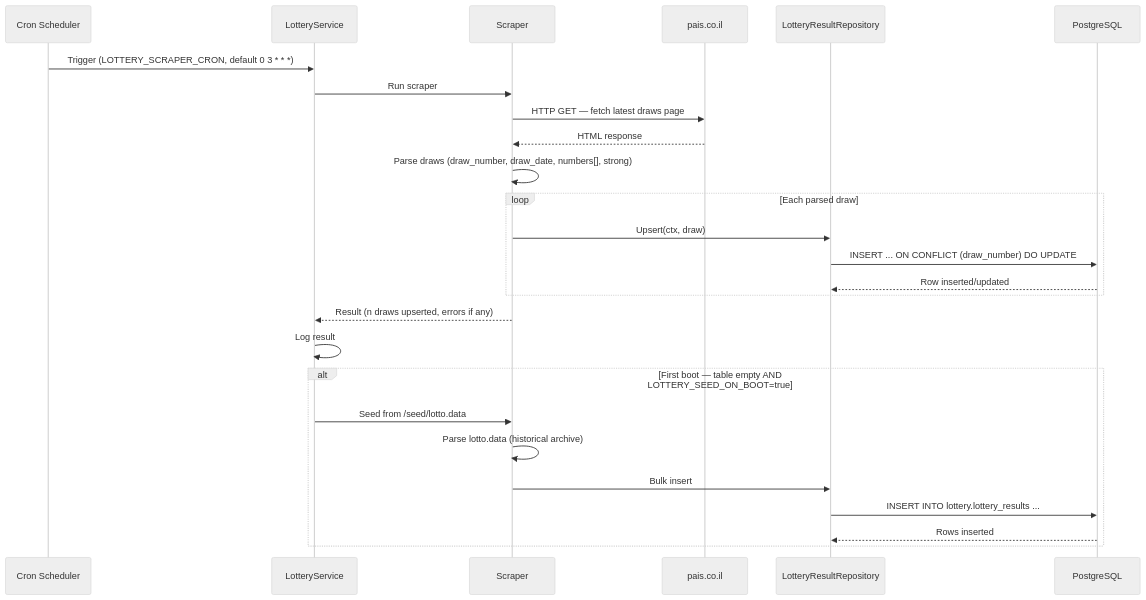
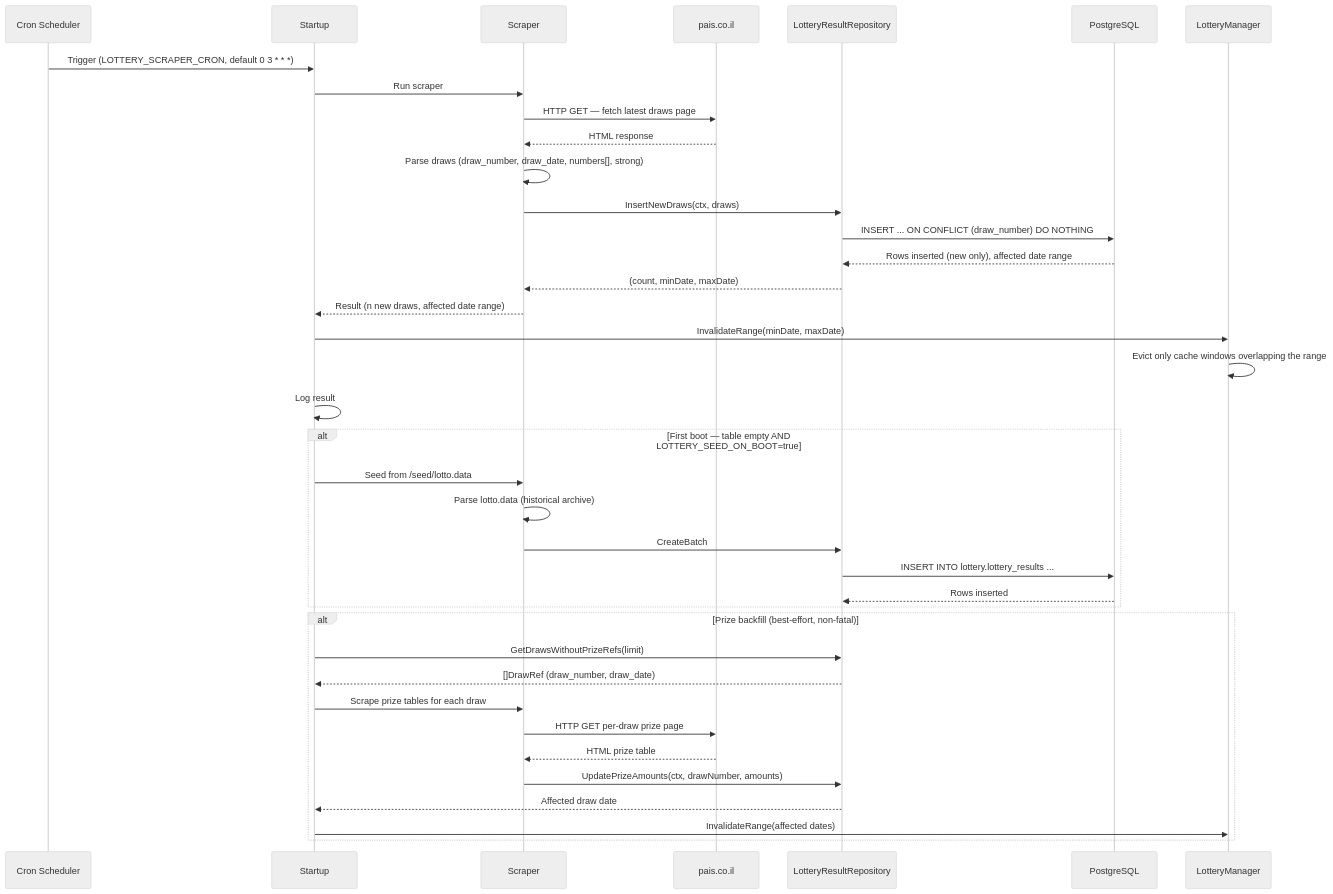
One commit to lihai1/stat-tree-server changed the third of 9 diagrams in docs/FLOWS.md. Above: the diagram before and after it, drawn with Mermaid (neutral theme). The commit also changed other lines of this file and 7 other files, not shown here.

````diff
--- a/docs/FLOWS.md
+++ b/docs/FLOWS.md
@@ -76,33 +89,46 @@
 ```mermaid
 sequenceDiagram
     participant CRON as Cron Scheduler
-    participant SVC as LotteryService
+    participant SVC as Startup
     participant SCR as Scraper
     participant WEB as pais.co.il
     participant REPO as LotteryResultRepository
     participant DB as PostgreSQL
+    participant MGR as LotteryManager
 
     CRON->>SVC: Trigger (LOTTERY_SCRAPER_CRON, default 0 3 * * *)
     SVC->>SCR: Run scraper
 
     SCR->>WEB: HTTP GET — fetch latest draws page
     WEB-->>SCR: HTML response
     SCR->>SCR: Parse draws (draw_number, draw_date, numbers[], strong)
 
-    loop Each parsed draw
-        SCR->>REPO: Upsert(ctx, draw)
-        REPO->>DB: INSERT ... ON CONFLICT (draw_number) DO UPDATE
-        DB-->>REPO: Row inserted/updated
-    end
+    SCR->>REPO: InsertNewDraws(ctx, draws)
+    REPO->>DB: INSERT ... ON CONFLICT (draw_number) DO NOTHING
+    DB-->>REPO: Rows inserted (new only), affected date range
+    REPO-->>SCR: (count, minDate, maxDate)
 
-    SCR-->>SVC: Result (n draws upserted, errors if any)
+    SCR-->>SVC: Result (n new draws, affected date range)
+    SVC->>MGR: InvalidateRange(minDate, maxDate)
+    MGR->>MGR: Evict only cache windows overlapping the range
     SVC->>SVC: Log result
 
     alt First boot — table empty AND LOTTERY_SEED_ON_BOOT=true
         SVC->>SCR: Seed from /seed/lotto.data
         SCR->>SCR: Parse lotto.data (historical archive)
-        SCR->>REPO: Bulk insert
+        SCR->>REPO: CreateBatch
         REPO->>DB: INSERT INTO lottery.lottery_results ...
         DB-->>REPO: Rows inserted
     end
+
+    alt Prize backfill (best-effort, non-fatal)
+        SVC->>REPO: GetDrawsWithoutPrizeRefs(limit)
+        REPO-->>SVC: []DrawRef (draw_number, draw_date)
+        SVC->>SCR: Scrape prize tables for each draw
+        SCR->>WEB: HTTP GET per-draw prize page
+        WEB-->>SCR: HTML prize table
+        SCR->>REPO: UpdatePrizeAmounts(ctx, drawNumber, amounts)
+        REPO-->>SVC: Affected draw date
+        SVC->>MGR: InvalidateRange(affected dates)
+    end
 ```
````
